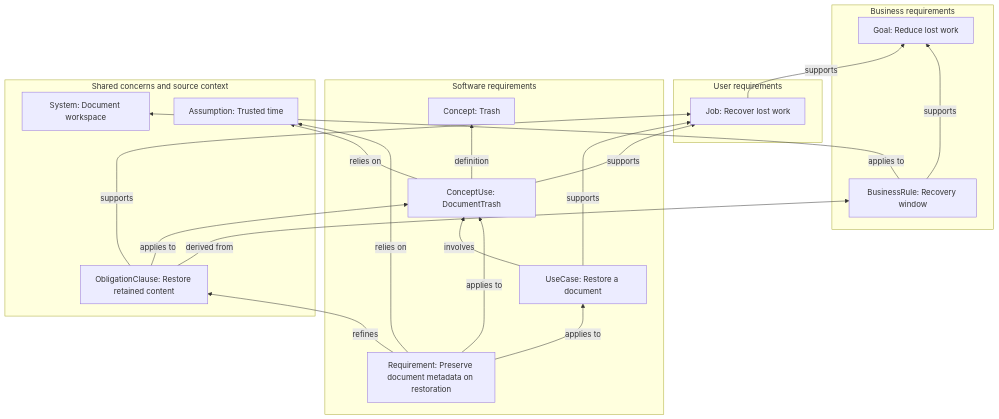
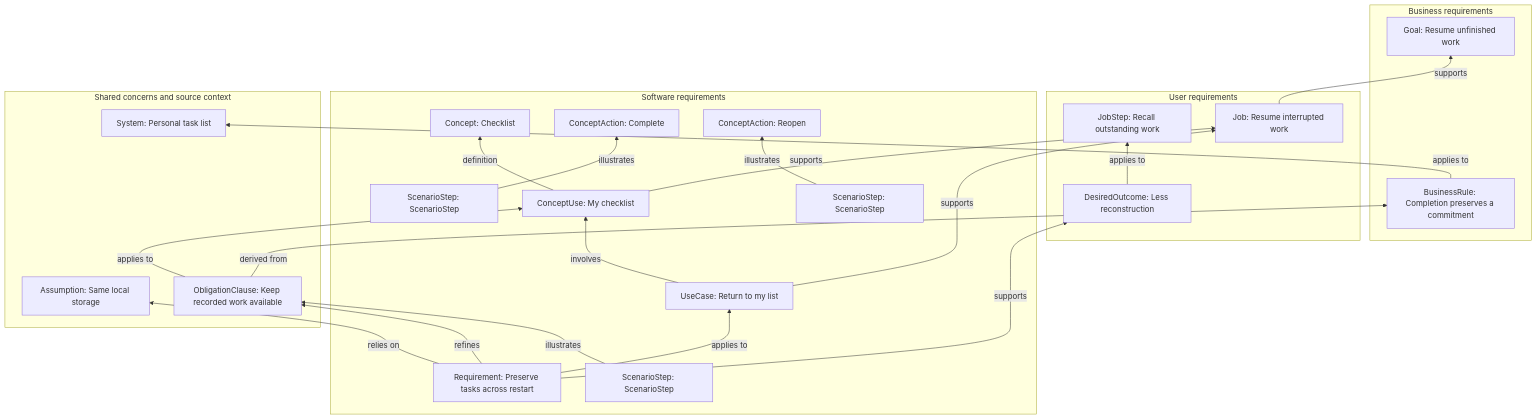
One commit to craigsmitham/dotspec changed the diagram in docs/reference/requirements-traceability-example.md. Above: the diagram before and after it, drawn with Mermaid. The commit also changed other lines of this file and 87 other files, not shown here.

````diff
--- a/docs/reference/requirements-traceability-example.md
+++ b/docs/reference/requirements-traceability-example.md
@@ -35,36 +36,44 @@
 ```mermaid
 flowchart BT
     subgraph g0["Business requirements"]
-        n0["BusinessRule: Recovery window"]
-        n6["Goal: Reduce lost work"]
+        n0["BusinessRule: Completion preserves a commitment"]
+        n10["Goal: Resume unfinished work"]
     end
     subgraph g1["User requirements"]
-        n2["Job: Recover lost work"]
+        n4["DesiredOutcome: Less reconstruction"]
+        n5["JobStep: Recall outstanding work"]
+        n6["Job: Resume interrupted work"]
     end
     subgraph g2["Software requirements"]
-        n1["Concept: Trash"]
-        n3["Requirement: Preserve document metadata on restoration"]
-        n5["ConceptUse: DocumentTrash"]
-        n8["UseCase: Restore a document"]
+        n1["Concept: Checklist"]
+        n2["ConceptAction: Complete"]
+        n3["ConceptAction: Reopen"]
+        n7["Requirement: Preserve tasks across restart"]
+        n8["ConceptUse: My checklist"]
+        n12["ScenarioStep: ScenarioStep"]
+        n13["ScenarioStep: ScenarioStep"]
+        n14["ScenarioStep: ScenarioStep"]
+        n16["UseCase: Return to my list"]
     end
     subgraph g3["Shared concerns and source context"]
-        n4["System: Document workspace"]
-        n7["Assumption: Trusted time"]
-        n9["ObligationClause: Restore retained content"]
+        n9["System: Personal task list"]
+        n11["Assumption: Same local storage"]
+        n15["ObligationClause: Keep recorded work available"]
     end
-    n0 -->|"supports"| n6
-    n0 -->|"applies to"| n4
-    n2 -->|"supports"| n6
-    n3 -->|"refines"| n9
-    n3 -->|"relies on"| n7
-    n3 -->|"applies to"| n8
-    n3 -->|"applies to"| n5
-    n5 -->|"supports"| n2
-    n5 -->|"relies on"| n7
-    n5 -->|"definition"| n1
-    n8 -->|"supports"| n2
-    n8 -->|"involves"| n5
-    n9 -->|"supports"| n2
-    n9 -->|"derived from"| n0
-    n9 -->|"applies to"| n5
+    n0 -->|"applies to"| n9
+    n4 -->|"applies to"| n5
+    n6 -->|"supports"| n10
+    n7 -->|"supports"| n4
+    n7 -->|"refines"| n15
+    n7 -->|"relies on"| n11
+    n7 -->|"applies to"| n16
+    n8 -->|"supports"| n6
+    n8 -->|"definition"| n1
+    n12 -->|"illustrates"| n2
+    n13 -->|"illustrates"| n15
+    n14 -->|"illustrates"| n3
+    n15 -->|"derived from"| n0
+    n15 -->|"applies to"| n8
+    n16 -->|"supports"| n6
+    n16 -->|"involves"| n8
 ```
````
